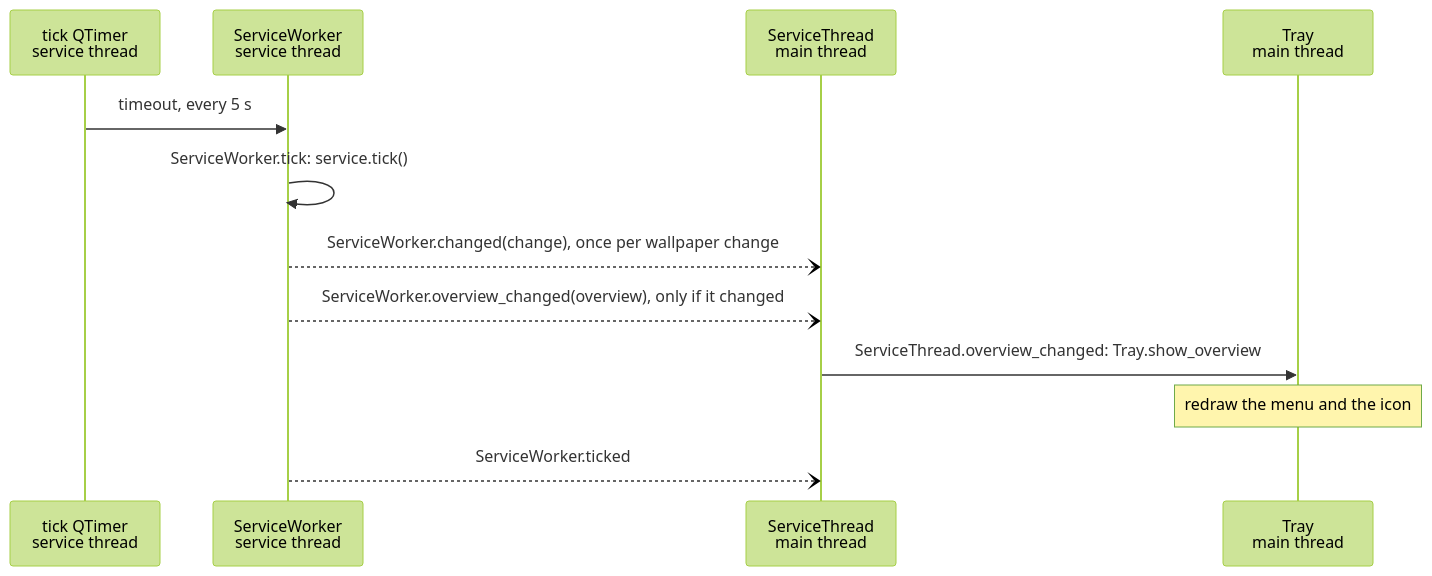
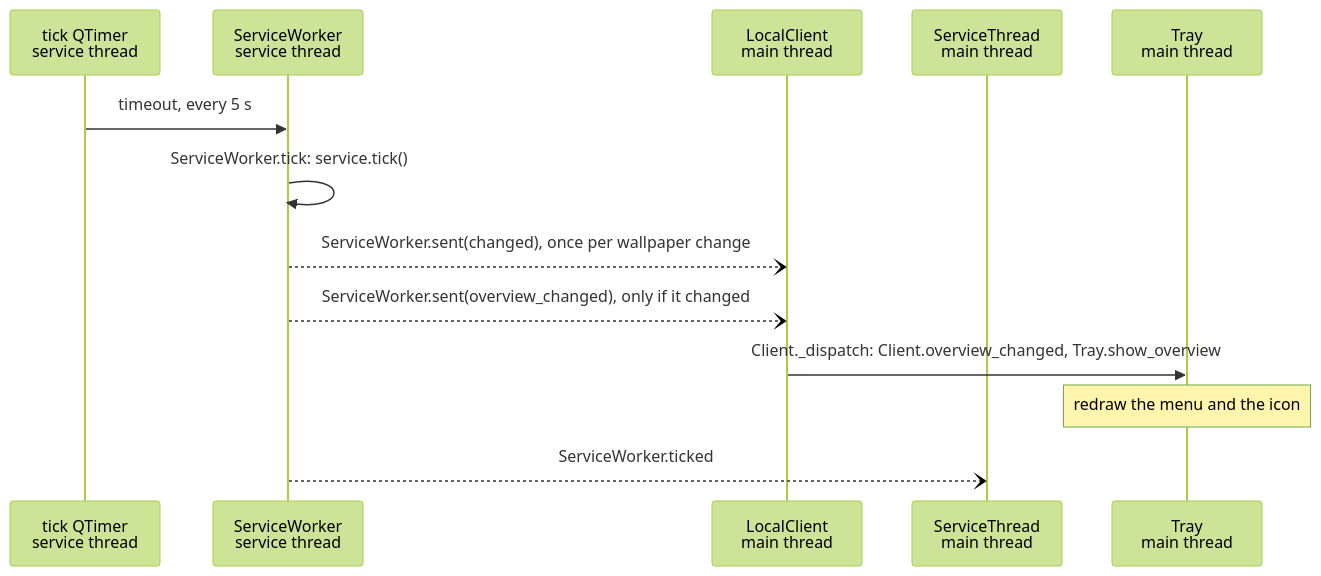
Before and after one commit to cheshire0xff/wallpaper_py: the fourth of 10 diagrams in docs/app-wiring.md, drawn with Mermaid (forest theme). The commit also changed other lines of this file and 19 other files, not shown here.

First line of the commit message:
Simplification step 3a: The tray on Client

````diff
--- a/docs/app-wiring.md
+++ b/docs/app-wiring.md
@@ -129,15 +130,16 @@
 ```mermaid
 sequenceDiagram
     participant T as tick QTimer<br/>service thread
     participant W as ServiceWorker<br/>service thread
+    participant L as LocalClient<br/>main thread
     participant H as ServiceThread<br/>main thread
     participant Tr as Tray<br/>main thread
 
     T->>W: timeout, every 5 s
     W->>W: ServiceWorker.tick: service.tick()
-    W--)H: ServiceWorker.changed(change), once per wallpaper change
-    W--)H: ServiceWorker.overview_changed(overview), only if it changed
-    H->>Tr: ServiceThread.overview_changed: Tray.show_overview
+    W--)L: ServiceWorker.sent(changed), once per wallpaper change
+    W--)L: ServiceWorker.sent(overview_changed), only if it changed
+    L->>Tr: Client._dispatch: Client.overview_changed, Tray.show_overview
     Note over Tr: redraw the menu and the icon
     W--)H: ServiceWorker.ticked
 ```
````
